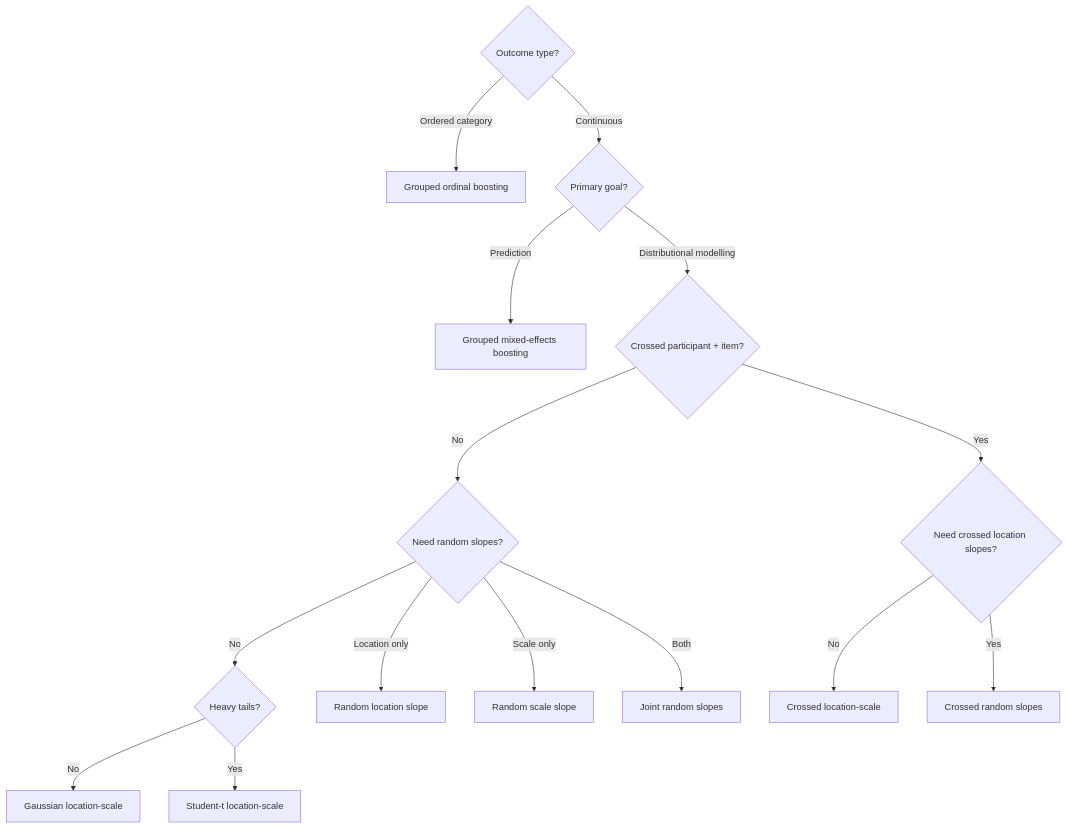
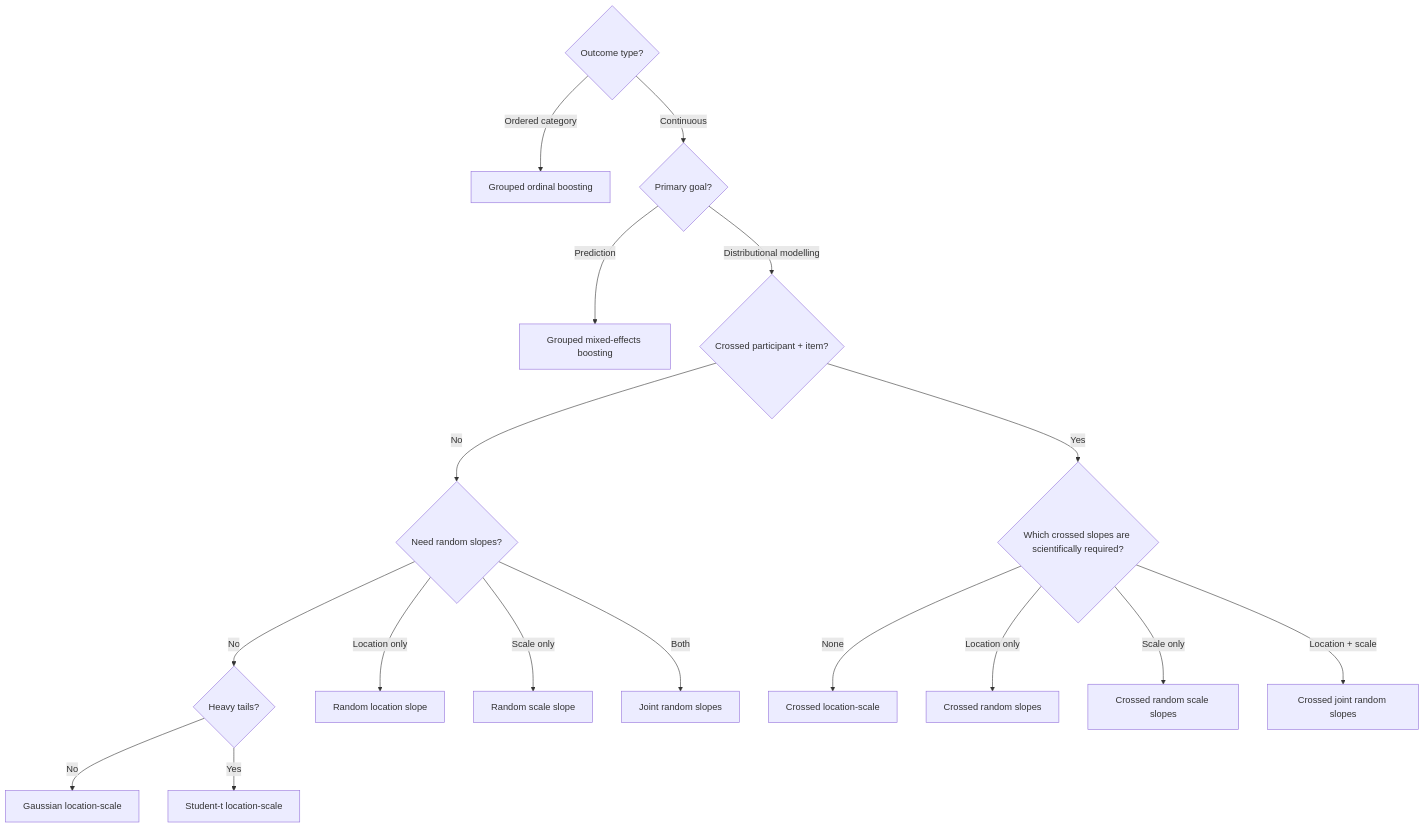
Before and after one commit to stefanosbalaskas/gpbiometricspy: the diagram in docs/guides/model-selection.md, drawn with Mermaid. The commit also changed other lines of this file and 9 other files, not shown here.

Commit message:
feat: add crossed joint random-slope location-scale model (#136)

````diff
--- a/docs/guides/model-selection.md
+++ b/docs/guides/model-selection.md
@@ -23,17 +25,19 @@
 ```mermaid
 graph TD
   A{Outcome type?} -->|Ordered category| B[Grouped ordinal boosting]
   A -->|Continuous| C{Primary goal?}
   C -->|Prediction| D[Grouped mixed-effects boosting]
   C -->|Distributional modelling| E{Crossed participant + item?}
   E -->|No| F{Need random slopes?}
   F -->|No| G{Heavy tails?}
   G -->|No| H[Gaussian location-scale]
   G -->|Yes| I[Student-t location-scale]
   F -->|Location only| J[Random location slope]
   F -->|Scale only| K[Random scale slope]
   F -->|Both| L[Joint random slopes]
-  E -->|Yes| M{Need crossed location slopes?}
-  M -->|No| N[Crossed location-scale]
-  M -->|Yes| O[Crossed random slopes]
+  E -->|Yes| M{Which crossed slopes are scientifically required?}
+  M -->|None| N[Crossed location-scale]
+  M -->|Location only| O[Crossed random slopes]
+  M -->|Scale only| P[Crossed random scale slopes]
+  M -->|Location + scale| Q[Crossed joint random slopes]
 ```
````
